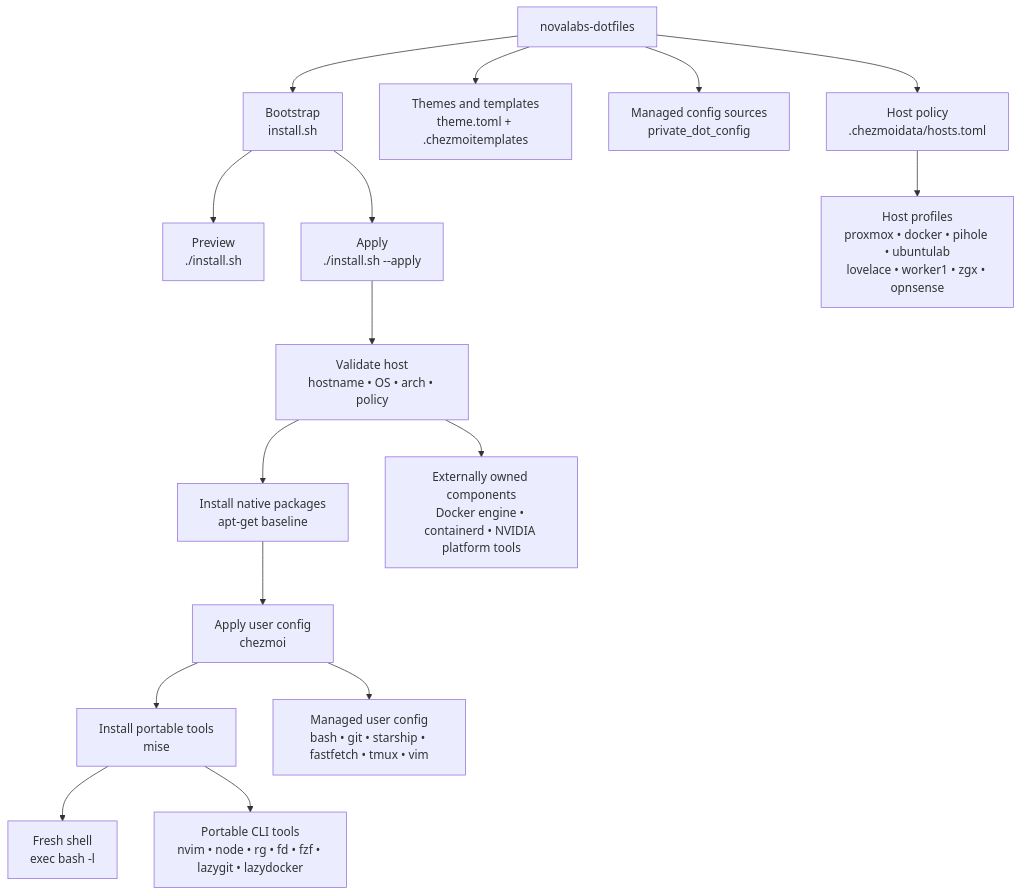
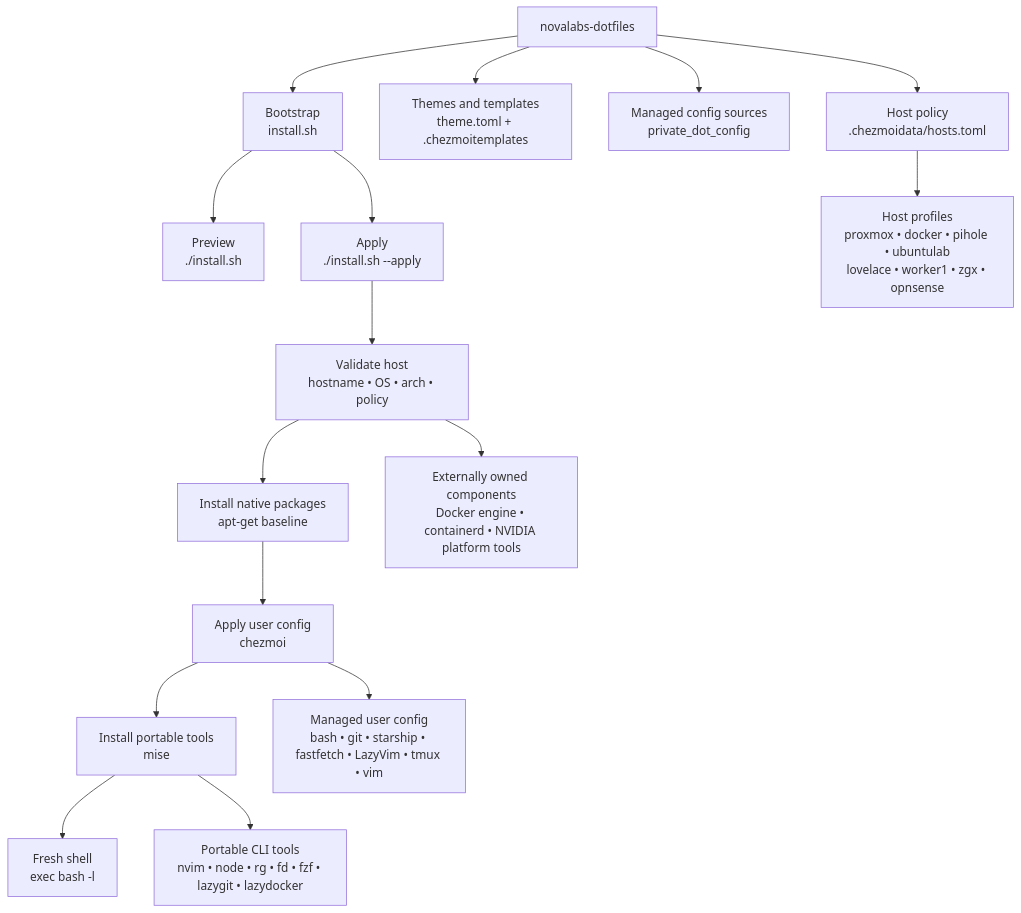
One commit to calico88x/novalabs-dotfiles changed the diagram in README.md. Above: the diagram before and after it, drawn with Mermaid. The commit also changed other lines of this file and 10 other files, not shown here.

Commit message:
Manage LazyVim configuration

````diff
--- a/README.md
+++ b/README.md
@@ -27,23 +27,23 @@
 ```mermaid
 flowchart TD
   A["novalabs-dotfiles"] --> B["Host policy<br/>.chezmoidata/hosts.toml"]
   A --> C["Themes and templates<br/>theme.toml + .chezmoitemplates"]
   A --> D["Managed config sources<br/>private_dot_config"]
   A --> E["Bootstrap<br/>install.sh"]
 
   E --> F["Preview<br/>./install.sh"]
   E --> G["Apply<br/>./install.sh --apply"]
 
   G --> H["Validate host<br/>hostname • OS • arch • policy"]
   H --> I["Install native packages<br/>apt-get baseline"]
   I --> J["Apply user config<br/>chezmoi"]
   J --> K["Install portable tools<br/>mise"]
   K --> L["Fresh shell<br/>exec bash -l"]
 
-  J --> M["Managed user config<br/>bash • git • starship • fastfetch • tmux • vim"]
+  J --> M["Managed user config<br/>bash • git • starship • fastfetch • LazyVim • tmux • vim"]
   K --> N["Portable CLI tools<br/>nvim • node • rg • fd • fzf • lazygit • lazydocker"]
 
   H --> O["Externally owned components<br/>Docker engine • containerd • NVIDIA platform tools"]
 
   B --> P["Host profiles<br/>proxmox • docker • pihole • ubuntulab<br/>lovelace • worker1 • zgx • opnsense"]
 ```
````
